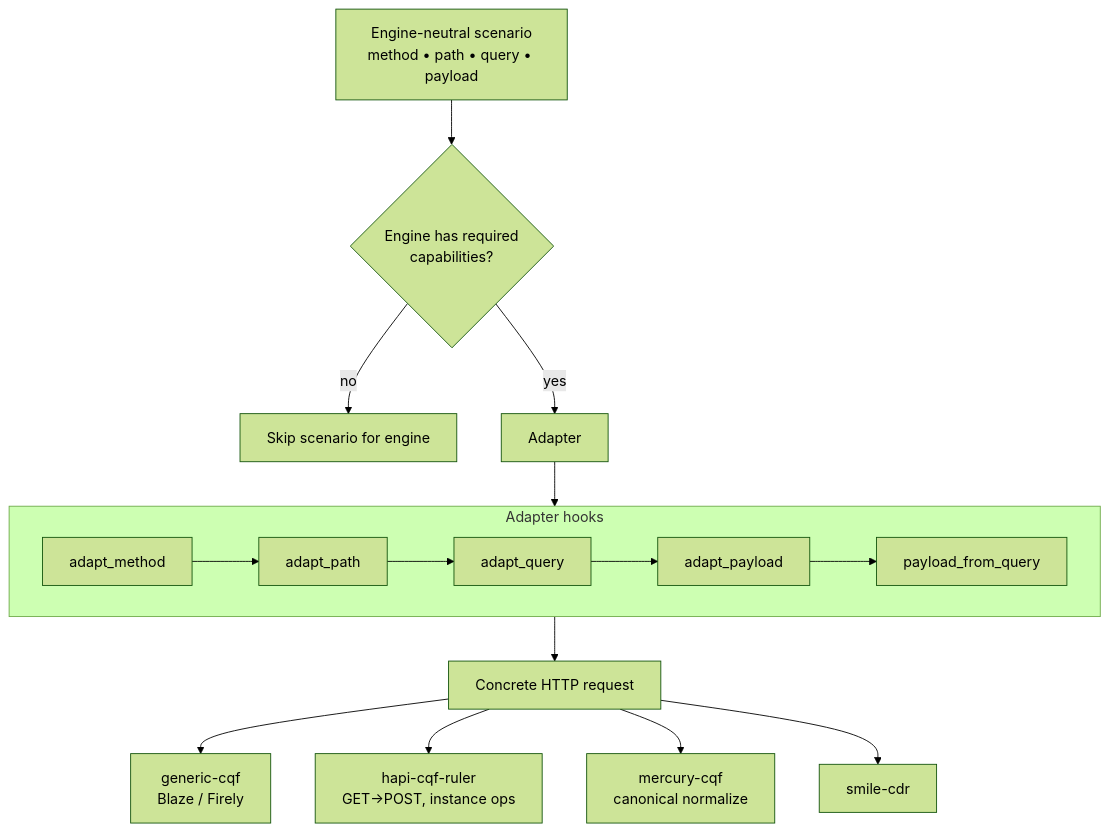
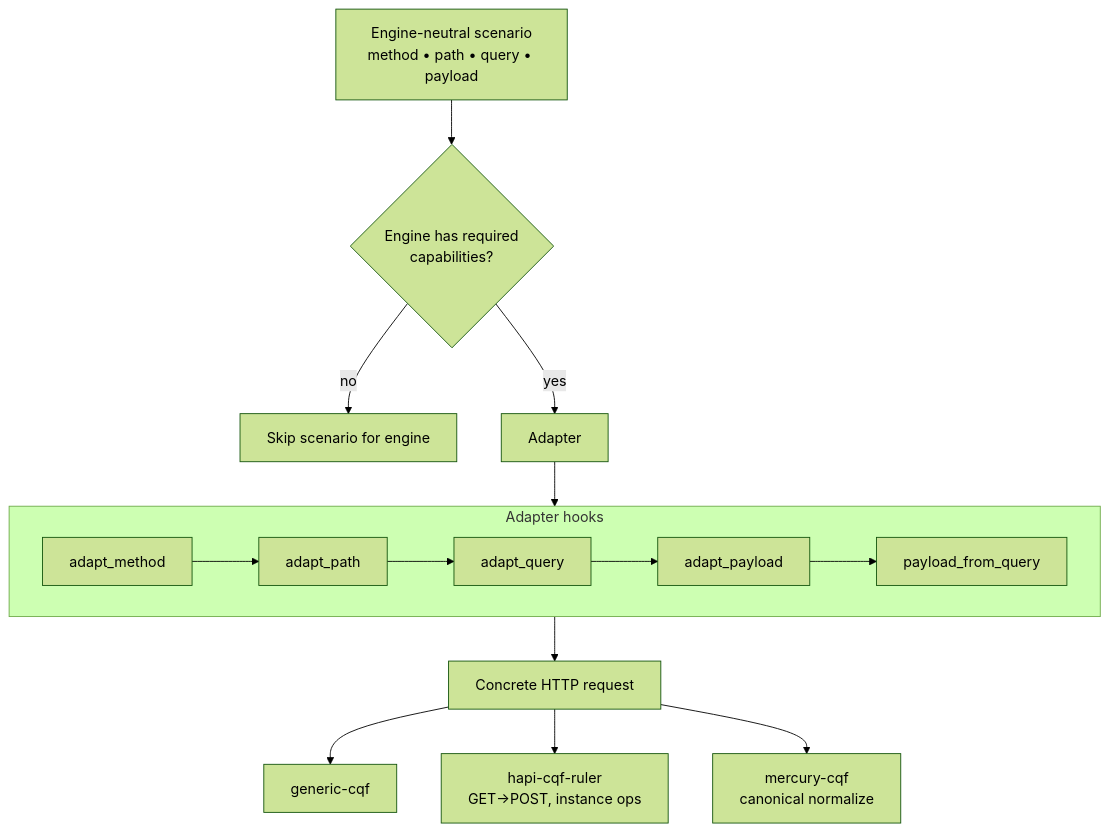
Before and after one commit to carreraGroup/cqf-bench: the second of 4 diagrams in docs-site/src/content/docs/diagrams.md, drawn with Mermaid (forest theme). The commit also changed other lines of this file and 64 other files, not shown here.

````diff
--- a/docs-site/src/content/docs/diagrams.md
+++ b/docs-site/src/content/docs/diagrams.md
@@ -49,22 +49,21 @@
 ```mermaid
 flowchart TB
   SCEN[Engine-neutral scenario<br/>method • path • query • payload]
 
   SCEN --> CAP{Engine has required<br/>capabilities?}
   CAP -- no --> SKIP[Skip scenario for engine]
   CAP -- yes --> ADP[Adapter]
 
   subgraph hooks [Adapter hooks]
     direction LR
     AM[adapt_method] --> AP[adapt_path] --> AQ[adapt_query]
     AQ --> APL[adapt_payload] --> PFQ[payload_from_query]
   end
 
   ADP --> AM
   PFQ --> REQ[Concrete HTTP request]
 
-  REQ --> G[generic-cqf<br/>Blaze / Firely]
+  REQ --> G[generic-cqf]
   REQ --> H[hapi-cqf-ruler<br/>GET→POST, instance ops]
   REQ --> M[mercury-cqf<br/>canonical normalize]
-  REQ --> SM[smile-cdr]
 ```
````
